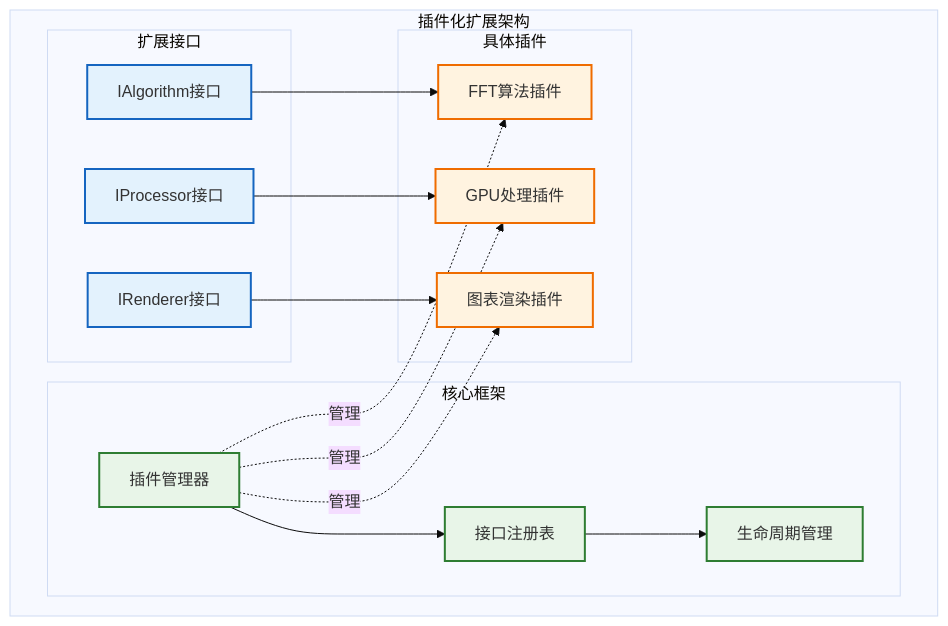
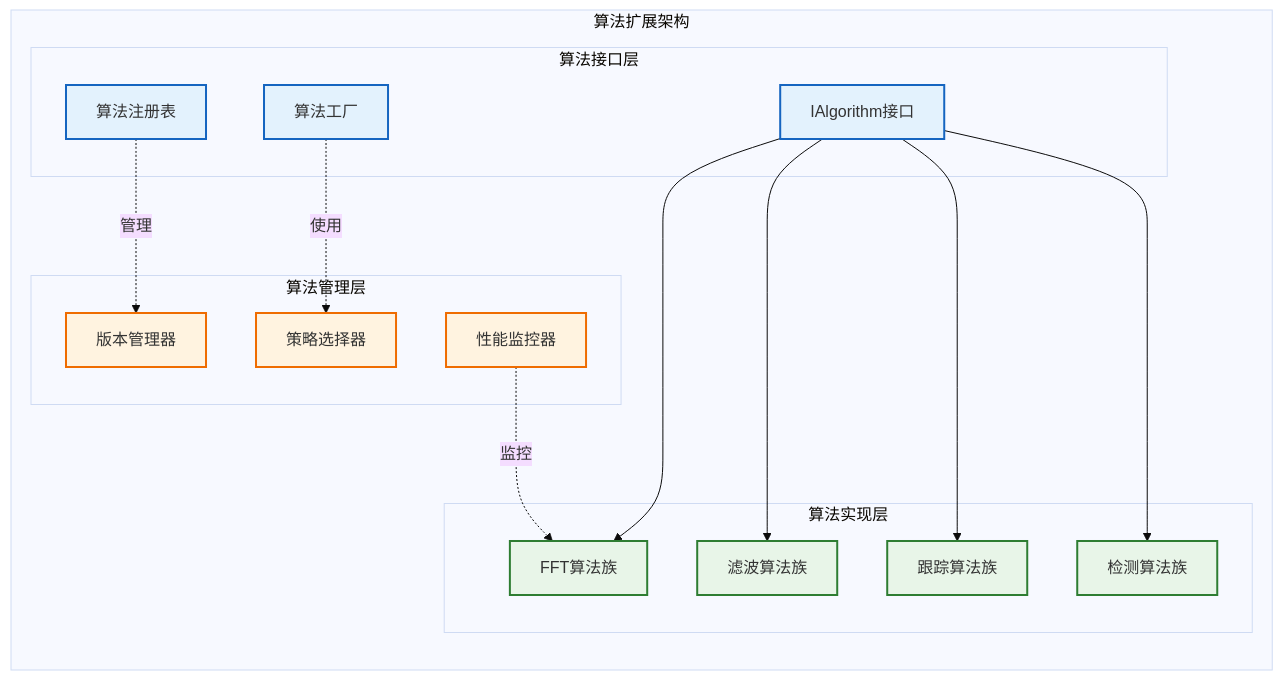
The seventh of 10 diagrams in docs/01_项目设计/01_项目设计/04_核心设计原则.md (wendizhou99-cell/Radar), drawn with Mermaid (base theme) before and after one commit. The commit also changed other lines of this file and 12 other files, not shown here.

````diff
--- a/docs/01_项目设计/01_项目设计/04_核心设计原则.md
+++ b/docs/01_项目设计/01_项目设计/04_核心设计原则.md
@@ -554,41 +719,43 @@
 ```mermaid
 graph TB
-    subgraph "插件化扩展架构"
-        subgraph "核心框架"
-            PLUGIN_MGR[插件管理器]
-            INTERFACE_REGISTRY[接口注册表]
-            LIFECYCLE_MGR[生命周期管理]
+    subgraph "算法扩展架构"
+        direction TB
+
+        subgraph "算法接口层"
+            IALGORITHM[IAlgorithm接口]
+            ALGORITHM_REGISTRY[算法注册表]
+            ALGORITHM_FACTORY[算法工厂]
         end
 
-        subgraph "扩展接口"
-            IALGORITHM[IAlgorithm接口]
-            IPROCESSOR[IProcessor接口]
-            IRENDERER[IRenderer接口]
+        subgraph "算法实现层"
+            FFT_ALGORITHM[FFT算法族]
+            FILTER_ALGORITHM[滤波算法族]
+            TRACKING_ALGORITHM[跟踪算法族]
+            DETECTION_ALGORITHM[检测算法族]
         end
 
-        subgraph "具体插件"
-            FFT_PLUGIN[FFT算法插件]
-            GPU_PLUGIN[GPU处理插件]
-            CHART_PLUGIN[图表渲染插件]
+        subgraph "算法管理层"
+            VERSION_MANAGER[版本管理器]
+            STRATEGY_SELECTOR[策略选择器]
+            PERFORMANCE_MONITOR[性能监控器]
         end
 
-        PLUGIN_MGR --> INTERFACE_REGISTRY
-        INTERFACE_REGISTRY --> LIFECYCLE_MGR
+        %% 扩展关系
+        IALGORITHM --> FFT_ALGORITHM
+        IALGORITHM --> FILTER_ALGORITHM
+        IALGORITHM --> TRACKING_ALGORITHM
+        IALGORITHM --> DETECTION_ALGORITHM
 
-        IALGORITHM --> FFT_PLUGIN
-        IPROCESSOR --> GPU_PLUGIN
-        IRENDERER --> CHART_PLUGIN
-
-        PLUGIN_MGR -.->|管理| FFT_PLUGIN
-        PLUGIN_MGR -.->|管理| GPU_PLUGIN
-        PLUGIN_MGR -.->|管理| CHART_PLUGIN
+        ALGORITHM_REGISTRY -.->|管理| VERSION_MANAGER
+        ALGORITHM_FACTORY -.->|使用| STRATEGY_SELECTOR
+        PERFORMANCE_MONITOR -.->|监控| FFT_ALGORITHM
     end
 
-    classDef core fill:#e8f5e8,stroke:#2e7d32,stroke-width:2px
     classDef interface fill:#e3f2fd,stroke:#1565c0,stroke-width:2px
-    classDef plugin fill:#fff3e0,stroke:#ef6c00,stroke-width:2px
+    classDef implementation fill:#e8f5e8,stroke:#2e7d32,stroke-width:2px
+    classDef management fill:#fff3e0,stroke:#ef6c00,stroke-width:2px
 
-    class PLUGIN_MGR,INTERFACE_REGISTRY,LIFECYCLE_MGR core
-    class IALGORITHM,IPROCESSOR,IRENDERER interface
-    class FFT_PLUGIN,GPU_PLUGIN,CHART_PLUGIN plugin
+    class IALGORITHM,ALGORITHM_REGISTRY,ALGORITHM_FACTORY interface
+    class FFT_ALGORITHM,FILTER_ALGORITHM,TRACKING_ALGORITHM,DETECTION_ALGORITHM implementation
+    class VERSION_MANAGER,STRATEGY_SELECTOR,PERFORMANCE_MONITOR management
 ```
````
